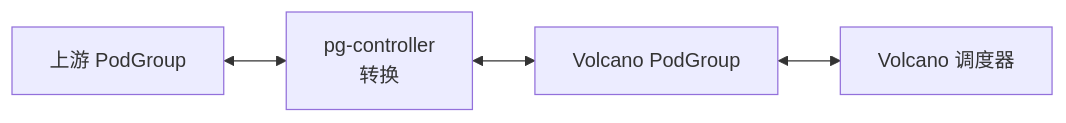
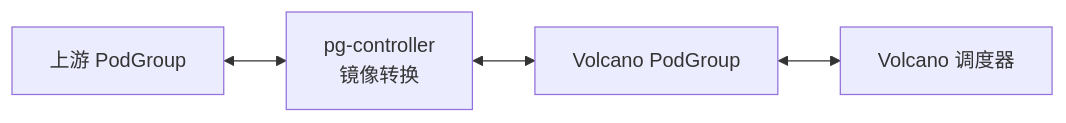
One commit to JesseStutler/volcano changed the tenth of 11 diagrams in docs/research/k8s-workload-aware-scheduling-vs-volcano-cn.md. Above: the diagram before and after it, drawn with Mermaid. The commit also changed other lines of this file and 1 other file, not shown here.

````diff
--- a/docs/research/k8s-workload-aware-scheduling-vs-volcano-cn.md
+++ b/docs/research/k8s-workload-aware-scheduling-vs-volcano-cn.md
@@ -517,10 +436,10 @@
 ```mermaid
 flowchart LR
     UA["上游 PodGroup"]
-    MC["pg-controller<br/>转换"]
+    MC["pg-controller<br/>镜像转换"]
     VA["Volcano PodGroup"]
     SA["Volcano 调度器"]
     UA <--> MC
     MC <--> VA
     VA <--> SA
 ```
````
